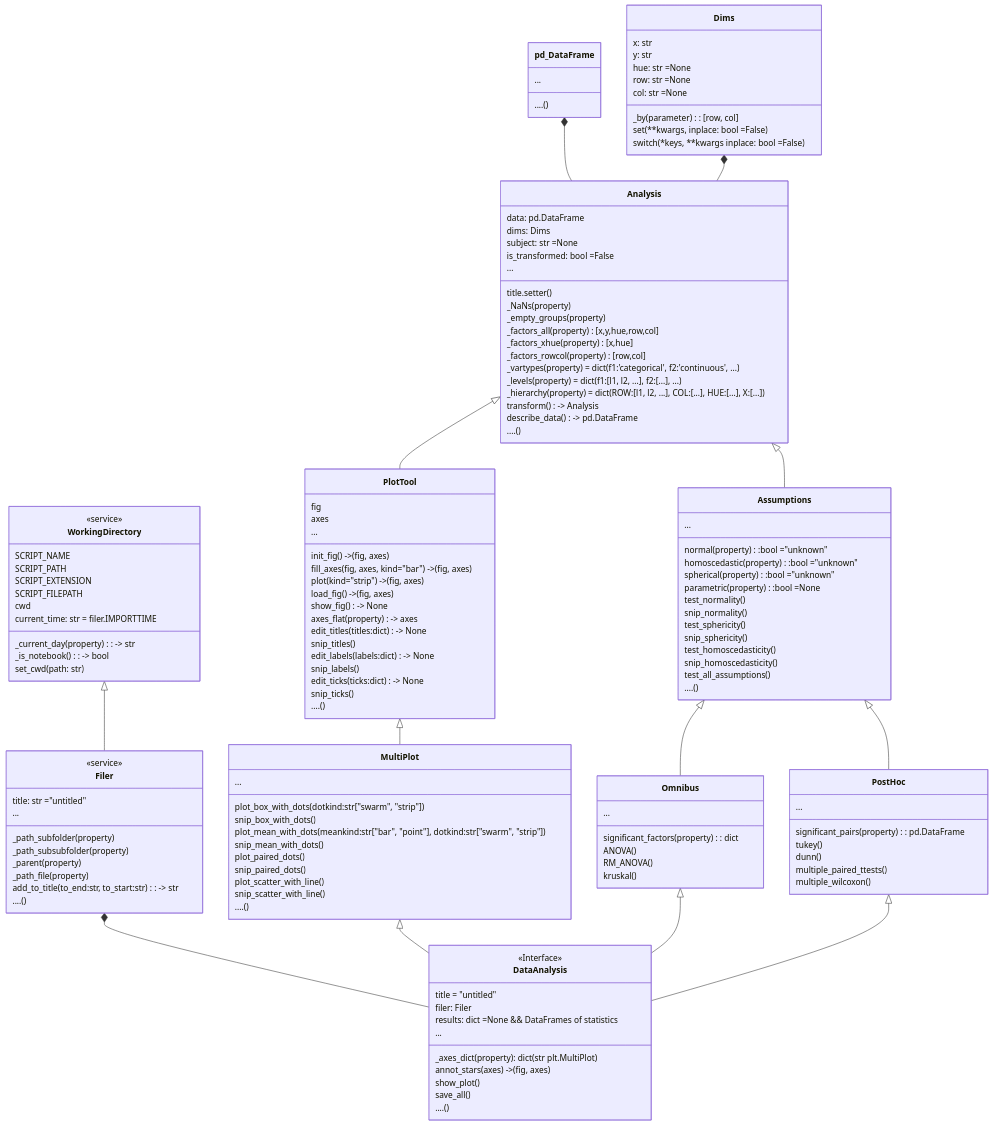
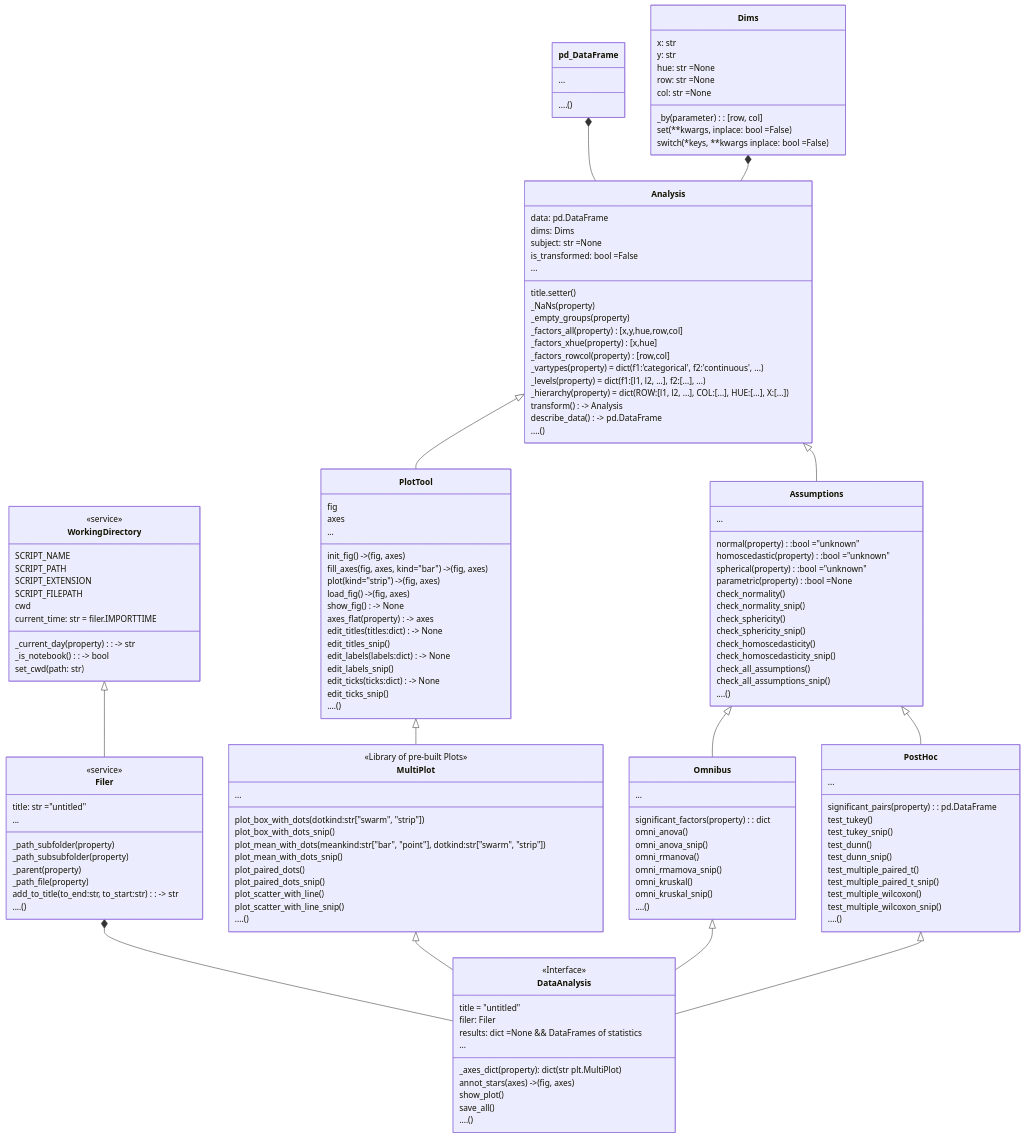
The diagram in README.md (markur4/plotastic), drawn with Mermaid before and after one commit. The commit also changed 1 other file, not shown here.

Commit message:
implemented subplot snippet

```diff
--- a/README.md
+++ b/README.md
@@ -131,30 +131,40 @@
       spherical(property):bool ="unknown"
       parametric(property):bool =None
       ...
-      test_normality()
-      snip_normality()
-      test_sphericity()
-      snip_sphericity()
-      test_homoscedasticity()
-      snip_homoscedasticity()
-      test_all_assumptions()
+      check_normality()
+      check_normality_snip()
+      check_sphericity()
+      check_sphericity_snip()
+      check_homoscedasticity()
+      check_homoscedasticity_snip()
+      check_all_assumptions()
+      check_all_assumptions_snip()
       ....()
    }
 
    class Omnibus{
       ...
       significant_factors(property): dict
-      ANOVA()
-      RM_ANOVA()
-      kruskal()
+      omni_anova()
+      omni_anova_snip()
+      omni_rmanova()
+      omni_rmamova_snip()
+      omni_kruskal()
+      omni_kruskal_snip()
+      ....()
    }
    class PostHoc{
       ...
       significant_pairs(property): pd.DataFrame
-      tukey()
-      dunn()
-      multiple_paired_ttests()
-      multiple_wilcoxon()
+      test_tukey()
+      test_tukey_snip()
+      test_dunn()
+      test_dunn_snip()
+      test_multiple_paired_t()
+      test_multiple_paired_t_snip()
+      test_multiple_wilcoxon()
+      test_multiple_wilcoxon_snip()
+      ....()
    }
 
    Assumptions  <|-- PostHoc
@@ -178,23 +188,24 @@
       axes_flat(property) -> axes
 
       edit_titles(titles:dict) -> None
-      snip_titles() 
+      edit_titles_snip()
       edit_labels(labels:dict) -> None
-      snip_labels()
+      edit_labels_snip()
       edit_ticks(ticks:dict) -> None
-      snip_ticks()
+      edit_ticks_snip()
       ....()
    }
    class MultiPlot{
+      <<Library of pre-built Plots>>
       ...
       plot_box_with_dots(dotkind:str["swarm", "strip"])
-      snip_box_with_dots()
+      plot_box_with_dots_snip()
       plot_mean_with_dots(meankind:str["bar", "point"], dotkind:str["swarm", "strip"])
-      snip_mean_with_dots()
+      plot_mean_with_dots_snip()
       plot_paired_dots()
-      snip_paired_dots()
+      plot_paired_dots_snip()
       plot_scatter_with_line()
-      snip_scatter_with_line()
+      plot_scatter_with_line_snip()
       ....()
    }
 
```
